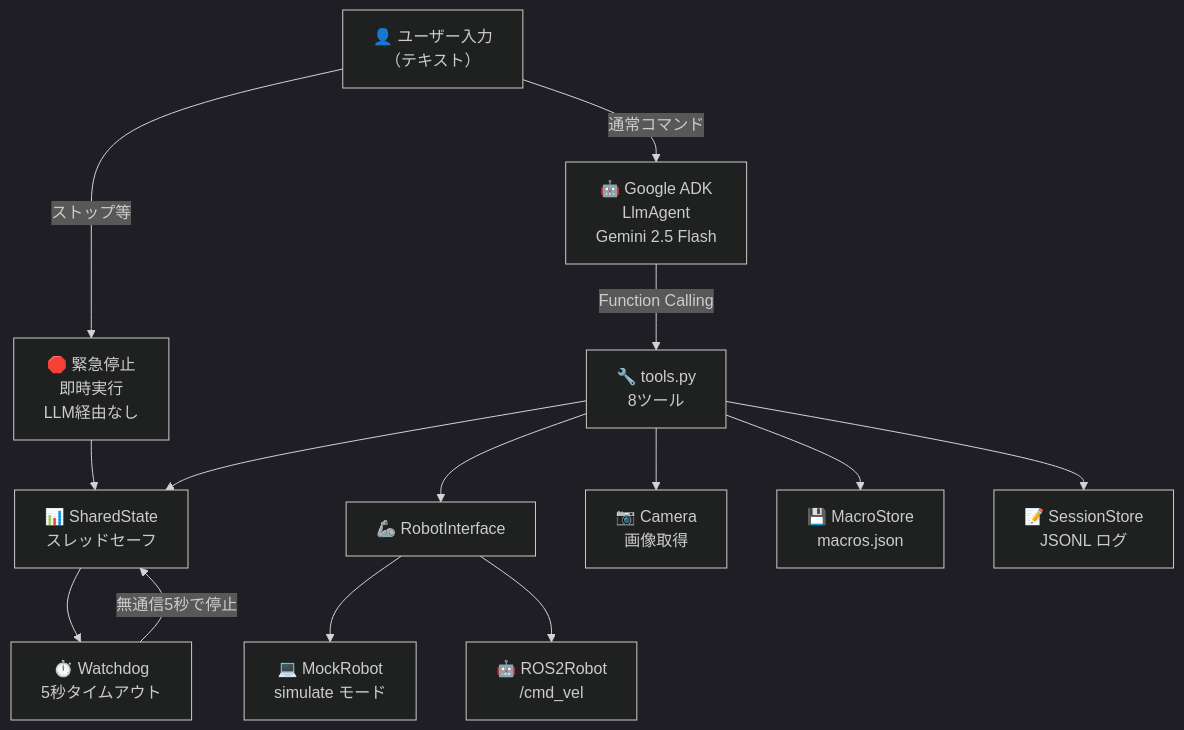
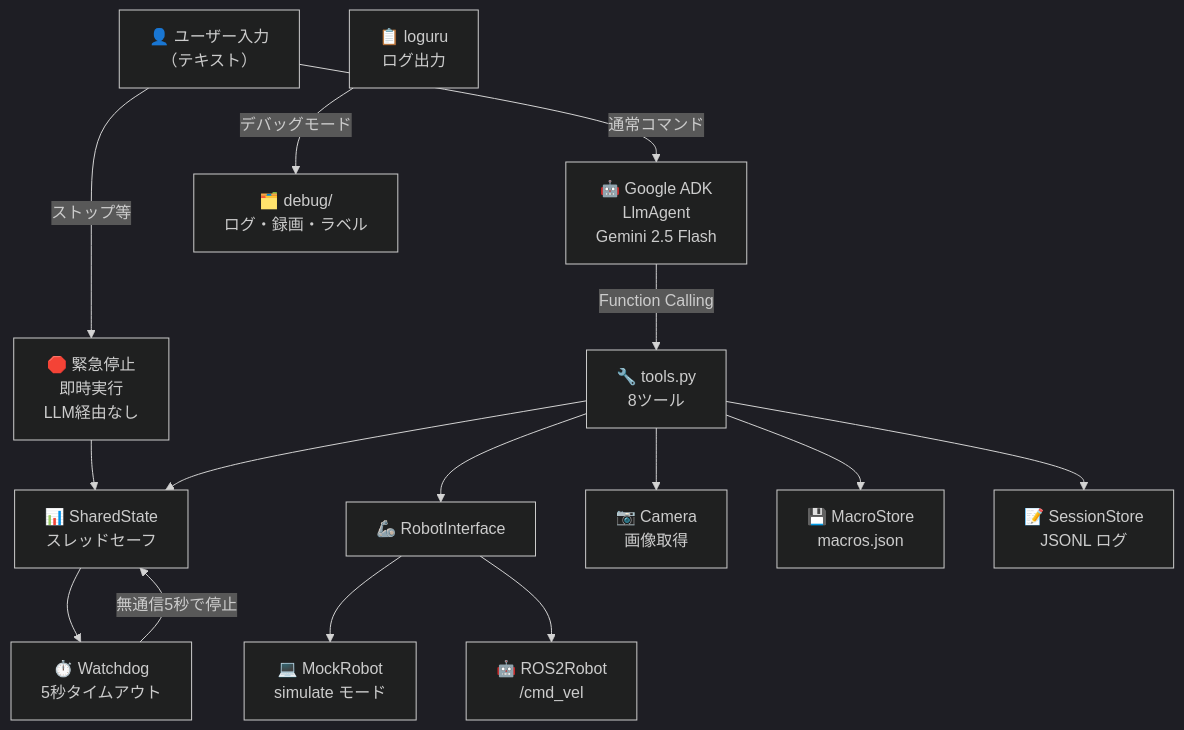
One commit to sato-susumu/susumu_agent changed the first of 5 diagrams in README.md. Above: the diagram before and after it, drawn with Mermaid (dark theme). The commit also changed other lines of this file and 46 other files, not shown here.

````diff
--- a/README.md
+++ b/README.md
@@ -13,29 +15,32 @@
 ```mermaid
 graph TD
     User["👤 ユーザー入力<br/>（テキスト）"]
     Emergency["🛑 緊急停止<br/>即時実行<br/>LLM経由なし"]
     ADK["🤖 Google ADK<br/>LlmAgent<br/>Gemini 2.5 Flash"]
     Tools["🔧 tools.py<br/>8ツール"]
     Robot["🦾 RobotInterface"]
     Mock["💻 MockRobot<br/>simulate モード"]
     ROS2["🤖 ROS2Robot<br/>/cmd_vel"]
     State["📊 SharedState<br/>スレッドセーフ"]
     Watchdog["⏱️ Watchdog<br/>5秒タイムアウト"]
     Camera["📷 Camera<br/>画像取得"]
     Macro["💾 MacroStore<br/>macros.json"]
     Session["📝 SessionStore<br/>JSONL ログ"]
+    Logger["📋 loguru<br/>ログ出力"]
+    Debug["🗂️ debug/<br/>ログ・録画・ラベル"]
 
     User -->|"ストップ等"| Emergency
     User -->|"通常コマンド"| ADK
     Emergency --> State
     ADK -->|"Function Calling"| Tools
     Tools --> Robot
     Tools --> State
     Tools --> Macro
     Tools --> Session
     Tools --> Camera
     Robot --> Mock
     Robot --> ROS2
     State --> Watchdog
     Watchdog -->|"無通信5秒で停止"| State
+    Logger -->|"デバッグモード"| Debug
 ```
````
